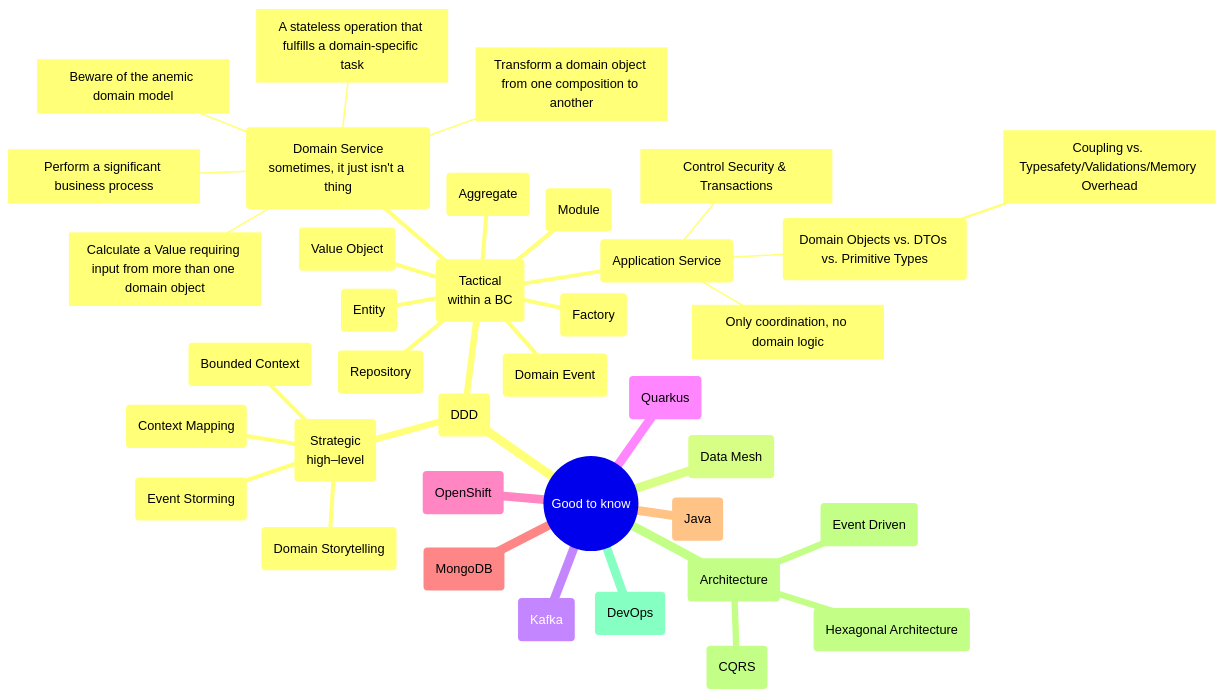
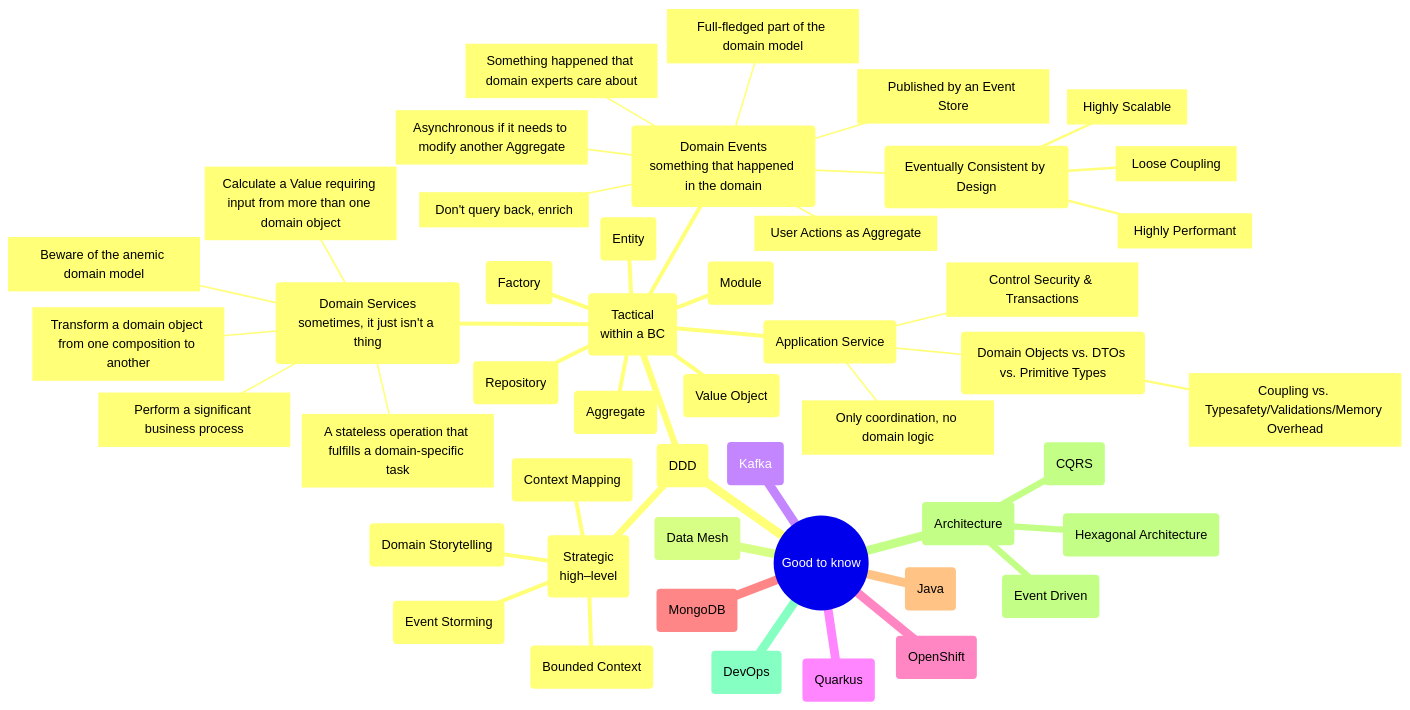
The diagram in README.md (mhaspra/mindmaps), drawn with Mermaid before and after one commit.

````diff
--- a/README.md
+++ b/README.md
@@ -2,40 +2,50 @@
 ```mermaid
  mindmap
   root((Good to know))
    (DDD)
     (Strategic<br>high–level)
      (Domain Storytelling)
      (Event Storming)
      (Context Mapping)
      (Bounded Context)
     (Tactical<br>within a BC)
      (Value Object)
      (Entity)
      (Aggregate)
-     (Domain Service<br>sometimes, it just isn't a thing)
+     (Domain Services<br>sometimes, it just isn't a thing)
       [A stateless operation that fulfills a domain-specific task]
       [Perform a significant business process]
       [Transform a domain object from one composition to another]
       [Calculate a Value requiring input from more than one domain object]
       [Beware of the anemic domain model]
-     (Domain Event)
+     (Domain Events<br>something that happened in the domain)
+      [Something happened that domain experts care about]
+      [Full-fledged part of the domain model]
+      (Eventually Consistent by Design)
+       [Loose Coupling]
+       [Highly Scalable]
+       [Highly Performant]
+      [Don't query back, enrich]
+      [User Actions as Aggregate]
+      [Asynchronous if it needs to modify another Aggregate]
+      [Published by an Event Store]
      (Factory)
      (Repository)
      (Module)
      (Application Service)
       [Only coordination, no domain logic]
       [Control Security & Transactions]
       (Domain Objects vs. DTOs vs. Primitive Types)
        [Coupling vs. Typesafety/Validations/Memory Overhead]
    (Data Mesh)
    (Kafka)
    (Quarkus)
    (OpenShift)
    (MongoDB)
    (Java)
    (Architecture)
     (Hexagonal Architecture)
     (CQRS)
     (Event Driven)
    (DevOps)
 ```
````
